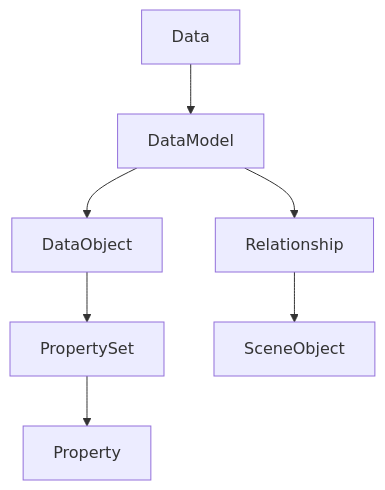
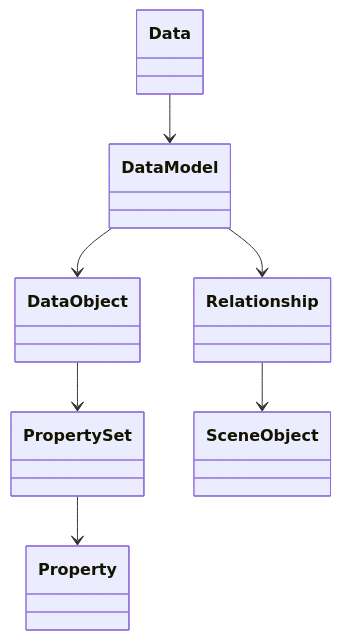
Before and after one commit to xeokit/sdk: the second of 3 diagrams in README.md, drawn with Mermaid. The commit also changed other lines of this file, not shown here.

````diff
--- a/README.md
+++ b/README.md
@@ -53,9 +54,9 @@
 ```mermaid
-graph TD;
-    Data-->DataModel;
-    DataModel-->DataObject;
-    DataObject-->PropertySet;
-    PropertySet-->Property;
-    Relationship-->SceneObject;
+classDiagram
+    Data-->DataModel
+    DataModel-->DataObject
+    DataObject-->PropertySet
+    PropertySet-->Property
+    Relationship-->SceneObject
     DataModel-->Relationship
 ```
````
